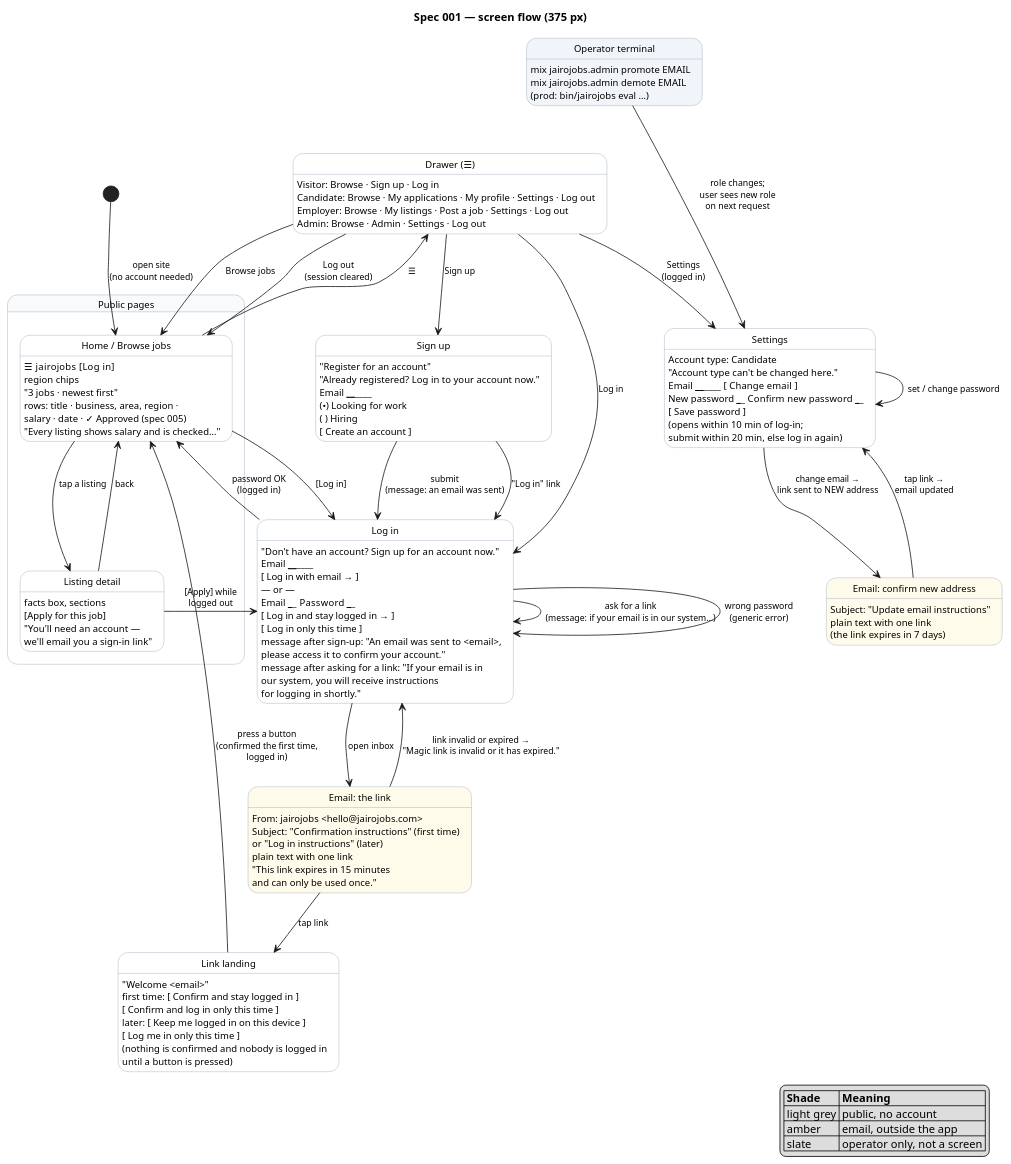
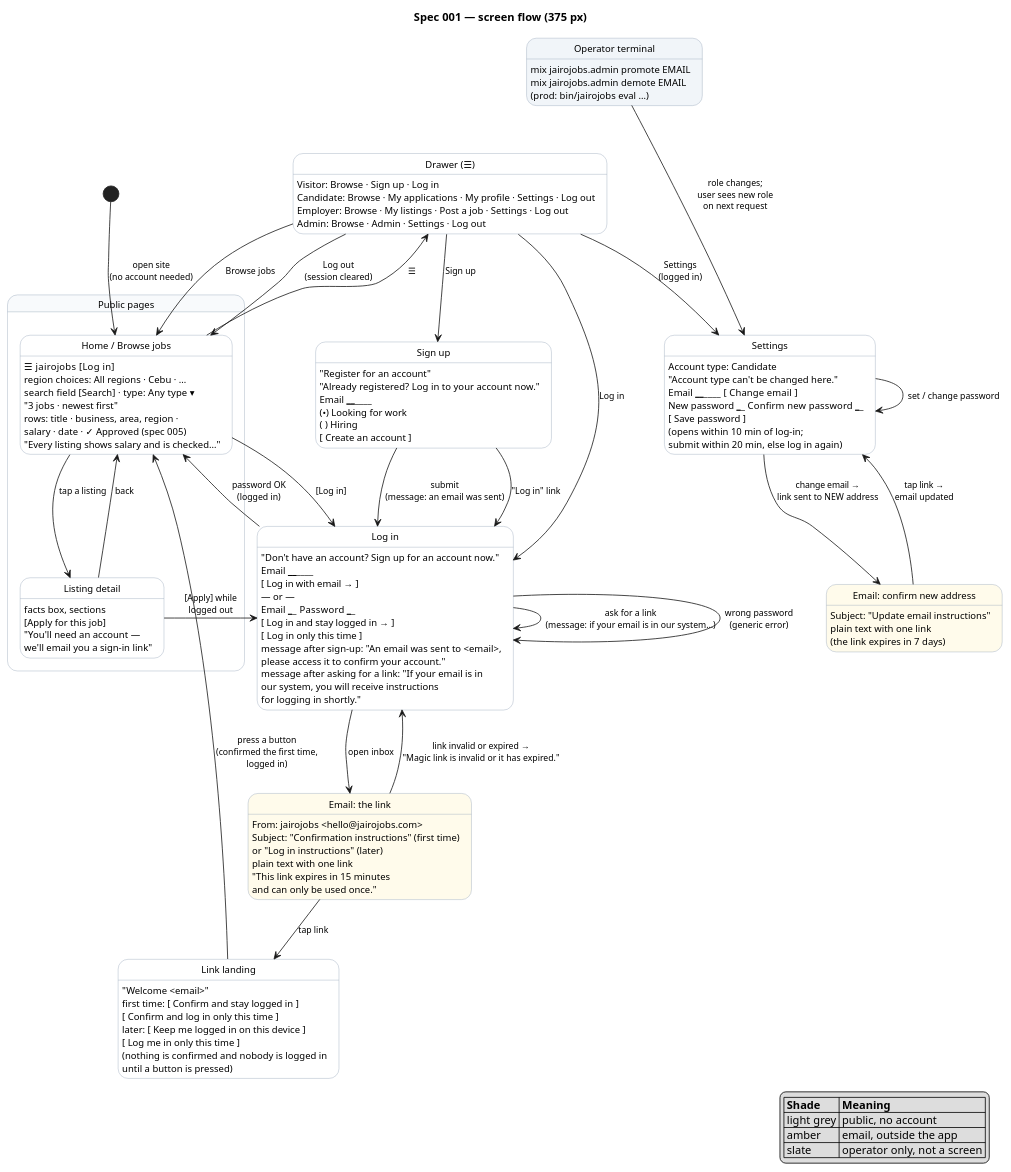
Before and after one commit to raseniero/jairojobs-elixir: the diagram in docs/specs/001-accounts-authentication/diagrams/screenflow-auth.puml, drawn with PlantUML. The commit also changed 9 other files, not shown here.

Commit message:
feat(browse): search and filter by type (REQ-005-4)

```diff
--- a/docs/specs/001-accounts-authentication/diagrams/screenflow-auth.puml
+++ b/docs/specs/001-accounts-authentication/diagrams/screenflow-auth.puml
@@ -1,122 +1,123 @@
 @startuml screenflow-auth
 ' Spec 001 — screen flow. Each state is a screen (key elements listed); each arrow is a user action.
 ' Every user story US-001-1..9 is a path through this diagram (see table in spec.md).
 
 hide empty description
 skinparam state {
   BackgroundColor white
   BackgroundColor<<public>> #f8fafc
   BackgroundColor<<email>> #fffbeb
   BackgroundColor<<terminal>> #f1f5f9
   BorderColor #94a3b8
   FontSize 12
 }
 skinparam arrowFontSize 11
 
 title Spec 001 — screen flow (375 px)
 
 state "Public pages" as Public <<public>> {
   state "Home / Browse jobs" as Home
   Home : ☰  jairojobs  [Log in]
-  Home : region chips
+  Home : region choices: All regions · Cebu · …
+  Home : search field  [Search] · type: Any type ▾
   Home : "3 jobs · newest first"
   Home : rows: title · business, area, region ·
   Home : salary · date · ✓ Approved (spec 005)
   Home : "Every listing shows salary and is checked…"
   state "Listing detail" as Detail
   Detail : facts box, sections
   Detail : [Apply for this job]
   Detail : "You'll need an account —\nwe'll email you a sign-in link"
   Home --> Detail : tap a listing
   Detail --> Home : back
 }
 
 state "Drawer (☰)" as Drawer
 Drawer : Visitor: Browse · Sign up · Log in
 Drawer : Candidate: Browse · My applications · My profile · Settings · Log out
 Drawer : Employer: Browse · My listings · Post a job · Settings · Log out
 Drawer : Admin: Browse · Admin · Settings · Log out
 
 state "Sign up" as Signup
 Signup : "Register for an account"
 Signup : "Already registered? Log in to your account now."
 Signup : Email ______________
 Signup : (•) Looking for work
 Signup : ( ) Hiring
 Signup : [ Create an account ]
 
 state "Email: the link" as Email <<email>>
 Email : From: jairojobs <hello@jairojobs.com>
 Email : Subject: "Confirmation instructions" (first time)
 Email : or "Log in instructions" (later)
 Email : plain text with one link
 Email : "This link expires in 15 minutes\nand can only be used once."
 
 state "Link landing" as Landing
 Landing : "Welcome <email>"
 Landing : first time: [ Confirm and stay logged in ]
 Landing : [ Confirm and log in only this time ]
 Landing : later: [ Keep me logged in on this device ]
 Landing : [ Log me in only this time ]
 Landing : (nothing is confirmed and nobody is logged in\nuntil a button is pressed)
 
 state "Log in" as Login
 Login : "Don't have an account? Sign up for an account now."
 Login : Email ______________
 Login : [ Log in with email → ]
 Login : — or —
 Login : Email ______  Password ______
 Login : [ Log in and stay logged in → ]
 Login : [ Log in only this time ]
 Login : message after sign-up: "An email was sent to <email>,\nplease access it to confirm your account."
 Login : message after asking for a link: "If your email is in\nour system, you will receive instructions\nfor logging in shortly."
 
 state "Settings" as Settings
 Settings : Account type: Candidate\n"Account type can't be changed here."
 Settings : Email ______________  [ Change email ]
 Settings : New password ______  Confirm new password ______
 Settings : [ Save password ]
 Settings : (opens within 10 min of log-in;\nsubmit within 20 min, else log in again)
 
 state "Email: confirm new address" as EmailChange <<email>>
 EmailChange : Subject: "Update email instructions"
 EmailChange : plain text with one link
 EmailChange : (the link expires in 7 days)
 
 state "Operator terminal" as Terminal <<terminal>>
 Terminal : mix jairojobs.admin promote EMAIL
 Terminal : mix jairojobs.admin demote EMAIL
 Terminal : (prod: bin/jairojobs eval …)
 
 [*] --> Home : open site\n(no account needed)
 Home --> Drawer : ☰
 Drawer --> Home : Browse jobs
 Drawer --> Signup : Sign up
 Drawer --> Login : Log in
 Home --> Login : [Log in]
 Detail --> Login : [Apply] while\nlogged out
 Signup --> Login : submit\n(message: an email was sent)
 Signup --> Login : "Log in" link
 Login --> Login : ask for a link\n(message: if your email is in our system…)
 Login --> Home : password OK\n(logged in)
 Login --> Login : wrong password\n(generic error)
 Login --> Email : open inbox
 Email --> Landing : tap link
 Landing --> Home : press a button\n(confirmed the first time,\nlogged in)
 Email --> Login : link invalid or expired →\n"Magic link is invalid or it has expired."
 Drawer --> Settings : Settings\n(logged in)
 Settings --> EmailChange : change email →\nlink sent to NEW address
 EmailChange --> Settings : tap link →\nemail updated
 Settings --> Settings : set / change password
 Drawer --> Home : Log out\n(session cleared)
 Terminal --> Settings : role changes;\nuser sees new role\non next request
 Terminal -[hidden]-> Drawer
 
 legend right
   |= Shade |= Meaning |
   | light grey | public, no account |
   | amber | email, outside the app |
   | slate | operator only, not a screen |
 endlegend
 
 @enduml
```
